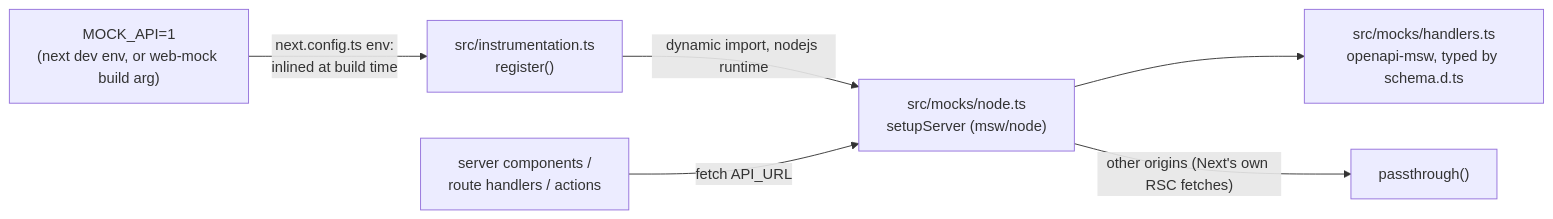
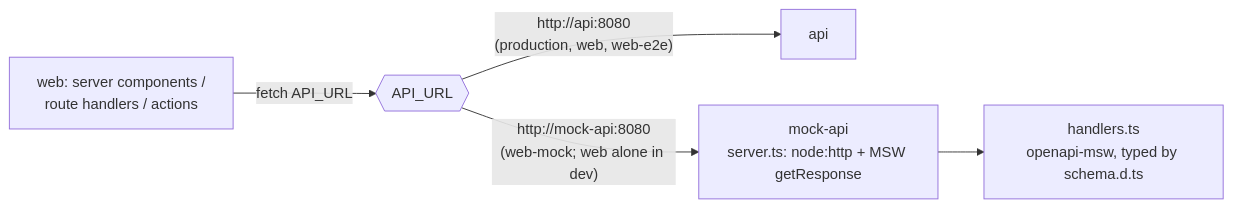
One commit to l1em1on1/social-tennis changed the fourth of 12 diagrams in docs/architecture.md. Above: the diagram before and after it, drawn with Mermaid. The commit also changed other lines of this file and 32 other files, not shown here.

First line of the commit message:
The mock API becomes its own server: one web build for every environment (#233) (#236)

````diff
--- a/docs/architecture.md
+++ b/docs/architecture.md
@@ -177,8 +179,7 @@
 ```mermaid
 flowchart LR
-    ENV["MOCK_API=1<br/>(next dev env, or web-mock build arg)"] -->|"next.config.ts env:<br/>inlined at build time"| REG["src/instrumentation.ts<br/>register()"]
-    REG -->|"dynamic import, nodejs runtime"| SRV["src/mocks/node.ts<br/>setupServer (msw/node)"]
-    SRV --> H["src/mocks/handlers.ts<br/>openapi-msw, typed by schema.d.ts"]
-    PAGES["server components /<br/>route handlers / actions"] -->|"fetch API_URL"| SRV
-    SRV -->|"other origins (Next's own RSC fetches)"| PT["passthrough()"]
+    PAGES["web: server components /<br/>route handlers / actions"] -->|"fetch API_URL"| WHICH{{"API_URL"}}
+    WHICH -->|"http://api:8080<br/>(production, web, web-e2e)"| API["api"]
+    WHICH -->|"http://mock-api:8080<br/>(web-mock; web alone in dev)"| SRV["mock-api<br/>server.ts: node:http + MSW getResponse"]
+    SRV --> H["handlers.ts<br/>openapi-msw, typed by schema.d.ts"]
 ```
````
